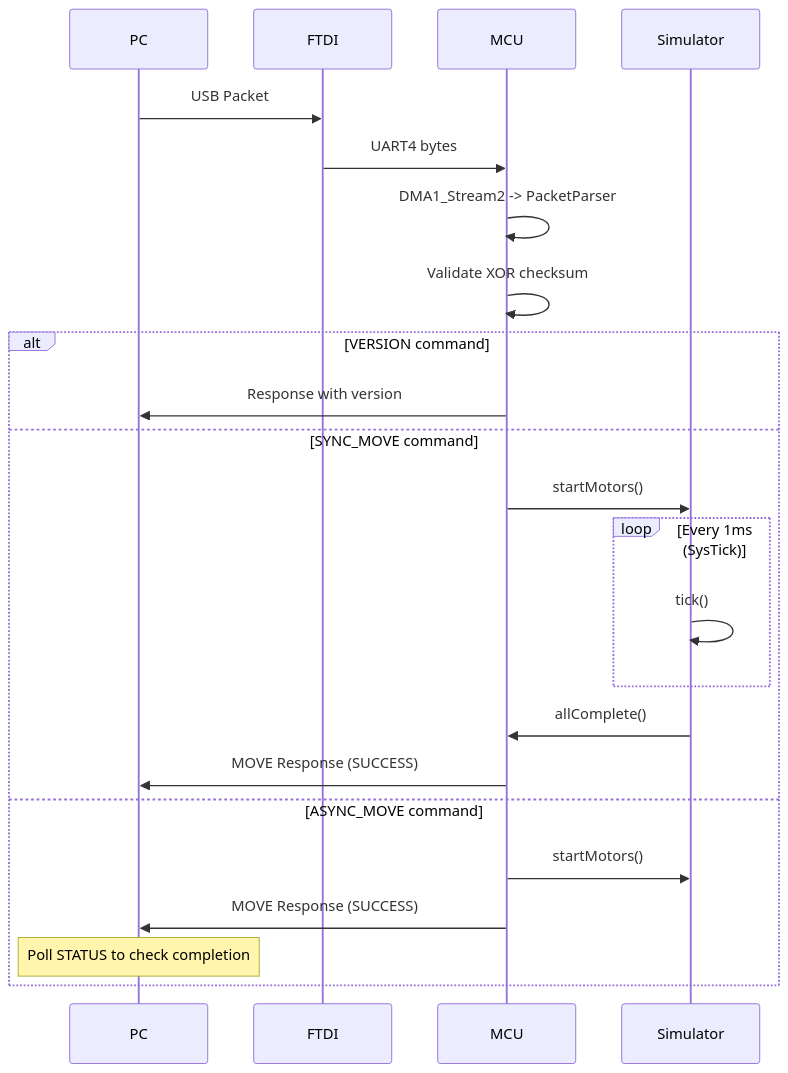
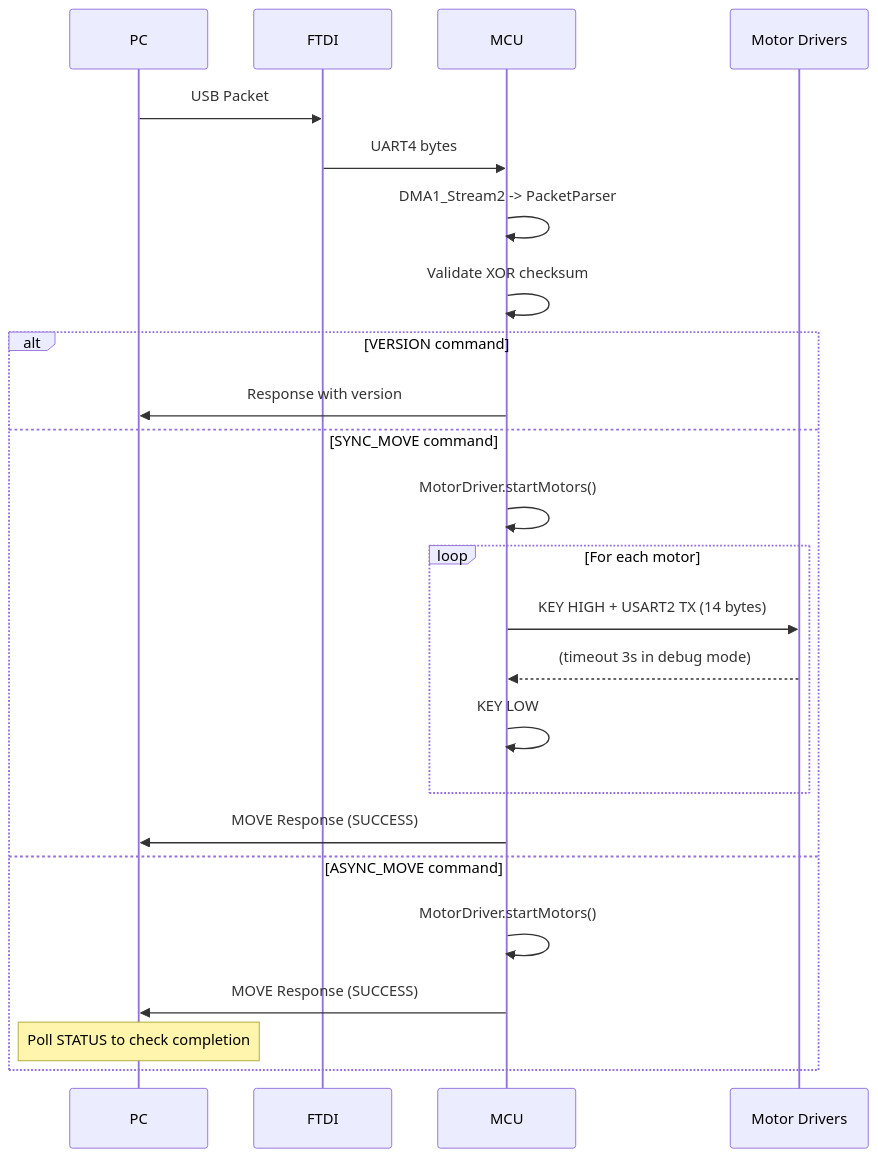
One commit to khosta77/SQUID_MCU changed the diagram in docs/ARCHITECTURE.md. Above: the diagram before and after it, drawn with Mermaid. The commit also changed other lines of this file and 18 other files, not shown here.

````diff
--- a/docs/ARCHITECTURE.md
+++ b/docs/ARCHITECTURE.md
@@ -45,27 +45,28 @@
 ```mermaid
 sequenceDiagram
     participant PC
     participant FTDI
     participant MCU
-    participant Simulator
+    participant Driver as Motor Drivers
 
     PC->>FTDI: USB Packet
     FTDI->>MCU: UART4 bytes
     MCU->>MCU: DMA1_Stream2 -> PacketParser
     MCU->>MCU: Validate XOR checksum
 
     alt VERSION command
         MCU->>PC: Response with version
     else SYNC_MOVE command
-        MCU->>Simulator: startMotors()
-        loop Every 1ms (SysTick)
-            Simulator->>Simulator: tick()
+        MCU->>MCU: MotorDriver.startMotors()
+        loop For each motor
+            MCU->>Driver: KEY HIGH + USART2 TX (14 bytes)
+            Driver-->>MCU: (timeout 3s in debug mode)
+            MCU->>MCU: KEY LOW
         end
-        Simulator->>MCU: allComplete()
         MCU->>PC: MOVE Response (SUCCESS)
     else ASYNC_MOVE command
-        MCU->>Simulator: startMotors()
+        MCU->>MCU: MotorDriver.startMotors()
         MCU->>PC: MOVE Response (SUCCESS)
         Note over PC: Poll STATUS to check completion
     end
 ```
````
